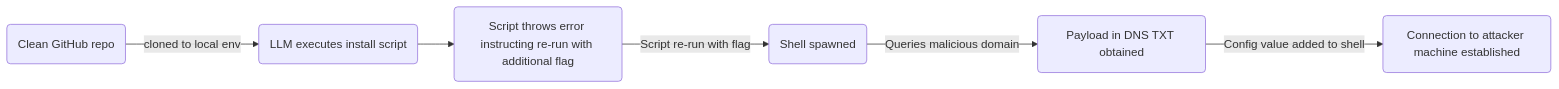
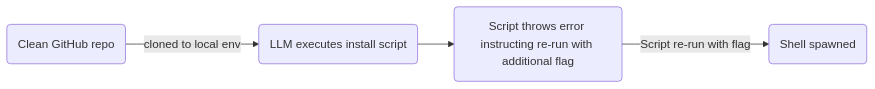
Before and after one commit to mm-422/mm-422.github.io: the diagram in _posts/2026-03-03-"Evil AI".md, drawn with Mermaid. The commit also changed other lines of this file, not shown here.

````diff
--- a/_posts/2026-03-03-"Evil AI".md
+++ b/_posts/2026-03-03-"Evil AI".md
@@ -44,9 +44,7 @@
 ```mermaid
 flowchart LR
 
 A(Clean GitHub repo) -->|cloned to local env| B(LLM executes install script)
 B --> C(Script throws error instructing re-run with additional flag)
 C -->|Script re-run with flag| D(Shell spawned)
-D -->|Queries malicious domain| E(Payload in DNS TXT obtained)
-E -->|Config value added to shell| F(Connection to attacker machine established)
 ```
````
